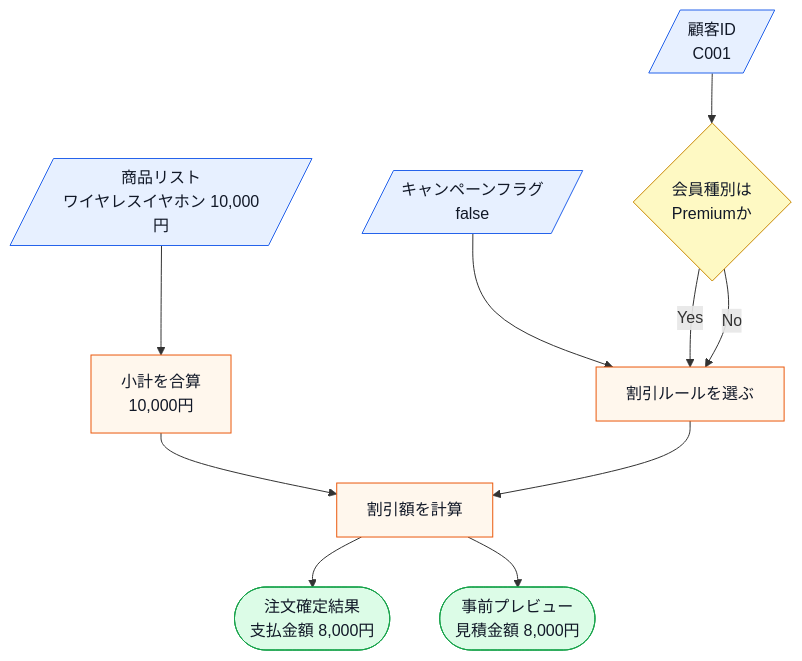
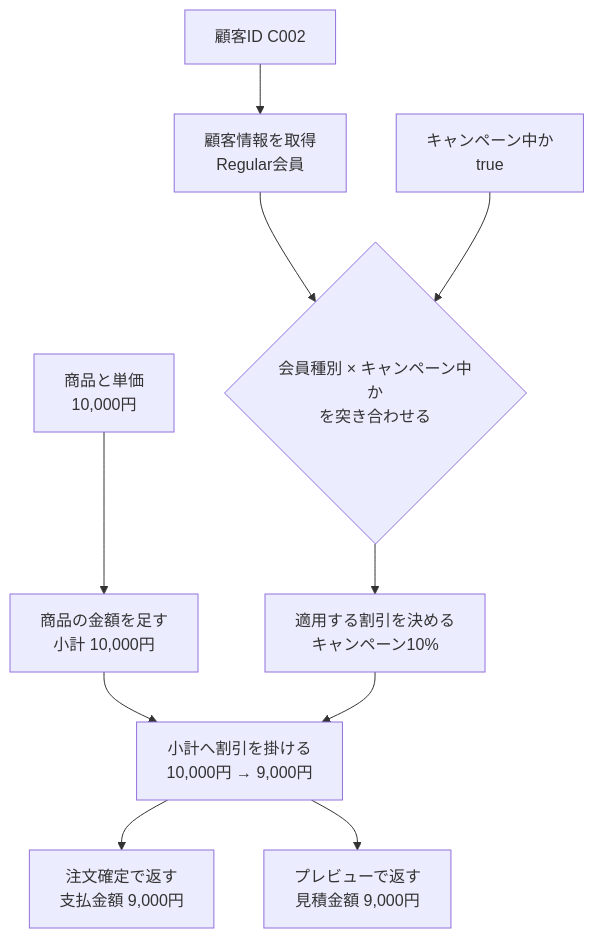
One commit to kumachan1101-pixel/DesignPattern changed the second of 18 diagrams in kindle/design-patterns/books/volume01-core-patterns/output/03-chapter01.md. Above: the diagram before and after it, drawn with Mermaid. The commit also changed other lines of this file and 17 other files, not shown here.

````diff
--- a/kindle/design-patterns/books/volume01-core-patterns/output/03-chapter01.md
+++ b/kindle/design-patterns/books/volume01-core-patterns/output/03-chapter01.md
@@ -179,17 +179,13 @@
 ```mermaid
 flowchart TB
-    A[/商品リスト<br>ワイヤレスイヤホン 10,000円/]:::input --> G[小計を合算<br>10,000円]:::process
-    C[/顧客ID<br>C001/]:::input --> D{会員種別は<br>Premiumか}:::decision
-    E[/キャンペーンフラグ<br>false/]:::input --> H[割引ルールを選ぶ]:::process
-    D -->|Yes| H
-    D -->|No| H
-    G --> I[割引額を計算]:::process
-    H --> I
-    I --> J([注文確定結果<br>支払金額 8,000円]):::normal
-    I --> K([事前プレビュー<br>見積金額 8,000円]):::normal
+    ITEMS["商品と単価<br>10,000円"] --> SUBTOTAL["商品の金額を足す<br>小計 10,000円"]
+    CUSTOMER["顧客ID C002"] --> MEMBER["顧客情報を取得<br>Regular会員"]
 
-    classDef input fill:#e7f0ff,stroke:#2563eb,color:#111827;
-    classDef process fill:#fff7ed,stroke:#ea580c,color:#111827;
-    classDef decision fill:#fef9c3,stroke:#ca8a04,color:#111827;
-    classDef normal fill:#dcfce7,stroke:#16a34a,color:#111827;
+    MEMBER --> SELECT{"会員種別 × キャンペーン中か<br>を突き合わせる"}
+    CAMPAIGN["キャンペーン中か<br>true"] --> SELECT
+    SELECT --> ORDER["適用する割引を決める<br>キャンペーン10%"]
+    SUBTOTAL --> CALC["小計へ割引を掛ける<br>10,000円 → 9,000円"]
+    ORDER --> CALC
+    CALC --> CHECKOUT["注文確定で返す<br>支払金額 9,000円"]
+    CALC --> PREVIEW["プレビューで返す<br>見積金額 9,000円"]
 ```
````
